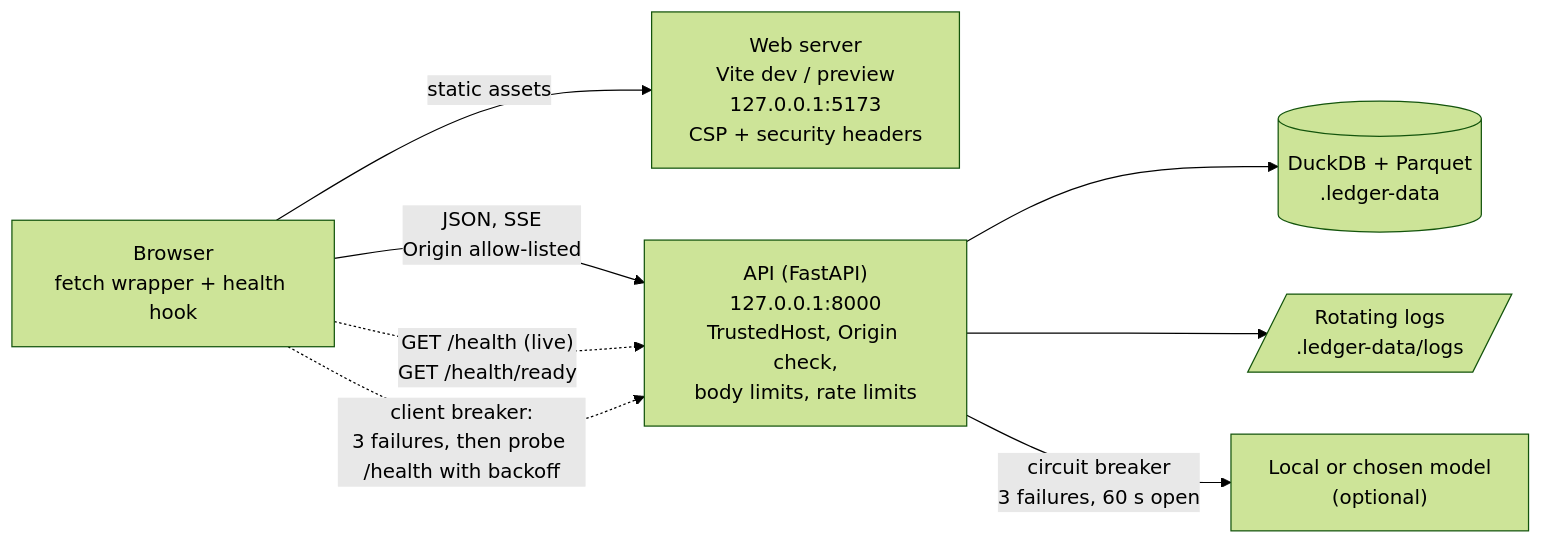
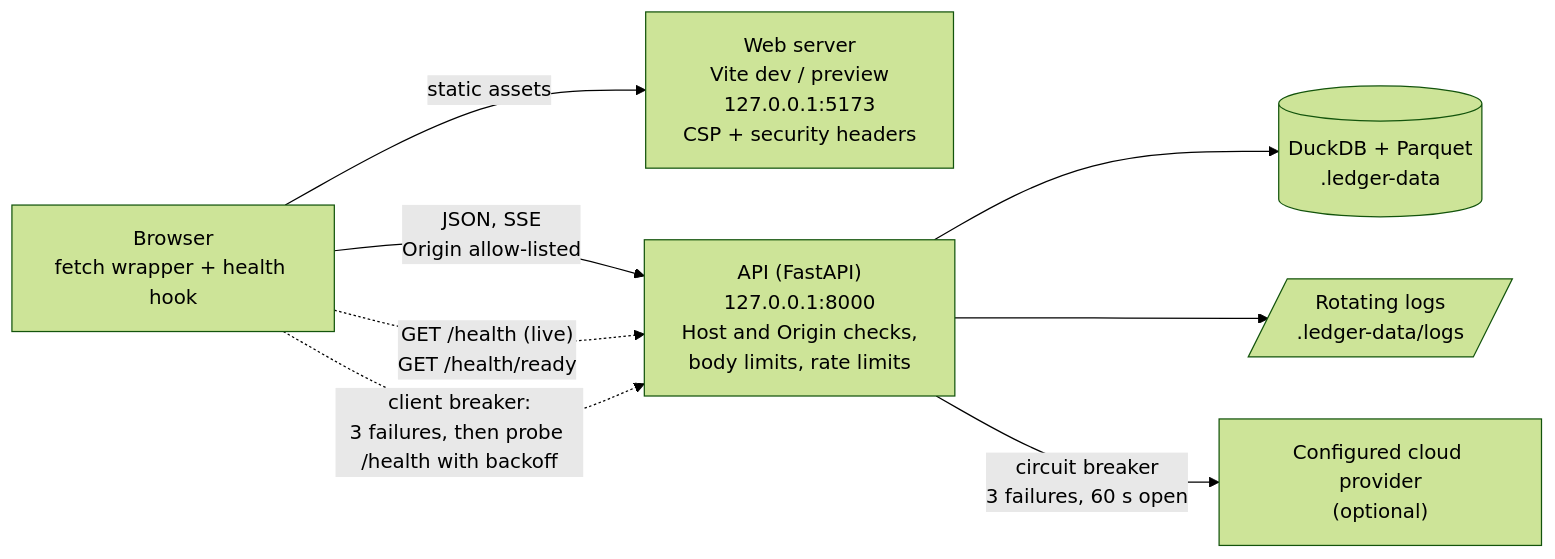
One commit to suiee8/obsidian-ledger changed the diagram in docs/network.md. Above: the diagram before and after it, drawn with Mermaid (forest theme). The commit also changed other lines of this file and 20 other files, not shown here.

````diff
--- a/docs/network.md
+++ b/docs/network.md
@@ -5,17 +5,17 @@
 ```mermaid
 flowchart LR
     Browser["Browser<br/>fetch wrapper + health hook"]
     Web["Web server<br/>Vite dev / preview<br/>127.0.0.1:5173<br/>CSP + security headers"]
-    API["API (FastAPI)<br/>127.0.0.1:8000<br/>TrustedHost, Origin check,<br/>body limits, rate limits"]
+    API["API (FastAPI)<br/>127.0.0.1:8000<br/>Host and Origin checks,<br/>body limits, rate limits"]
     DB[("DuckDB + Parquet<br/>.ledger-data")]
     Logs[/"Rotating logs<br/>.ledger-data/logs"/]
-    Model["Local or chosen model<br/>(optional)"]
+    Model["Configured cloud provider<br/>(optional)"]
 
     Browser -- "static assets" --> Web
     Browser -- "JSON, SSE<br/>Origin allow-listed" --> API
     API --> DB
     API --> Logs
     API -- "circuit breaker<br/>3 failures, 60 s open" --> Model
     Browser -. "GET /health (live)<br/>GET /health/ready" .-> API
     Browser -. "client breaker:<br/>3 failures, then probe /health with backoff" .-> API
 ```
````
